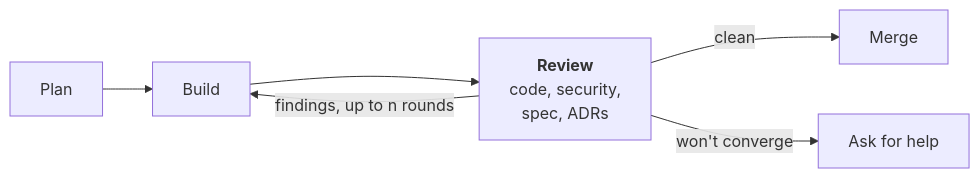
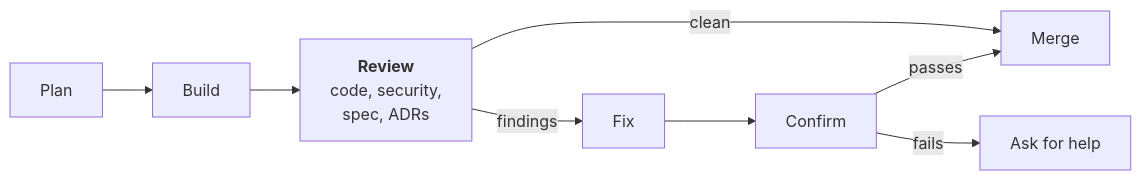
Before and after one commit to michaelmarconi/agentic-engineering: the third of 3 diagrams in README.md, drawn with Mermaid. The commit also changed other lines of this file and 7 other files, not shown here.

First line of the commit message:
docs: review, fix once, confirm; remove the Review rounds setting

````diff
--- a/README.md
+++ b/README.md
@@ -87,8 +109,10 @@
 ```mermaid
 flowchart LR
     Plan --> Build
     Build --> Review["<b>Review</b><br/>code, security,<br/>spec, ADRs"]
-    Review -->|findings, up to n rounds| Build
+    Review -->|findings| Fix
     Review -->|clean| Merge
-    Review -->|won't converge| Help[Ask for help]
+    Fix --> Confirm
+    Confirm -->|passes| Merge
+    Confirm -->|fails| Help[Ask for help]
 ```
````
